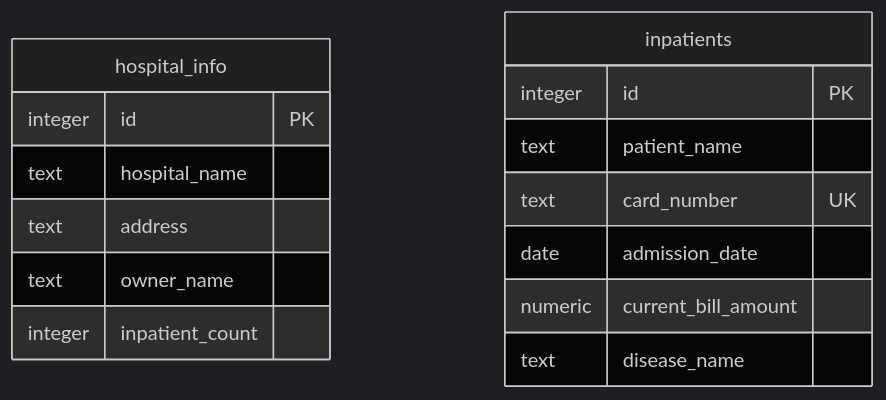
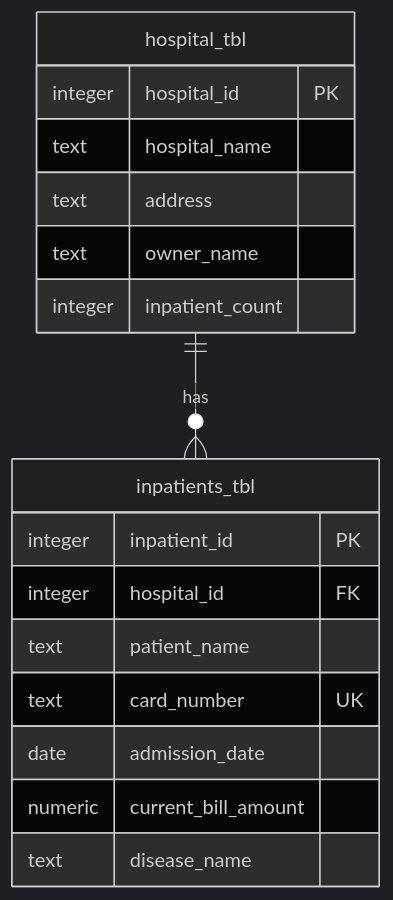
One commit to manojshetty28/hospitalportalbyclaude changed the second of 2 diagrams in docs/business-spec.md. Above: the diagram before and after it, drawn with Mermaid (dark theme). The commit also changed other lines of this file and 3 other files, not shown here.

````diff
--- a/docs/business-spec.md
+++ b/docs/business-spec.md
@@ -107,18 +90,20 @@
 ```mermaid
 erDiagram
-  hospital_info {
-    integer id PK
+  hospital_tbl ||--o{ inpatients_tbl : "has"
+  hospital_tbl {
+    integer hospital_id PK
     text hospital_name
     text address
     text owner_name
     integer inpatient_count
   }
-  inpatients {
-    integer id PK
+  inpatients_tbl {
+    integer inpatient_id PK
+    integer hospital_id FK
     text patient_name
     text card_number UK
     date admission_date
     numeric current_bill_amount
     text disease_name
   }
 ```
````
